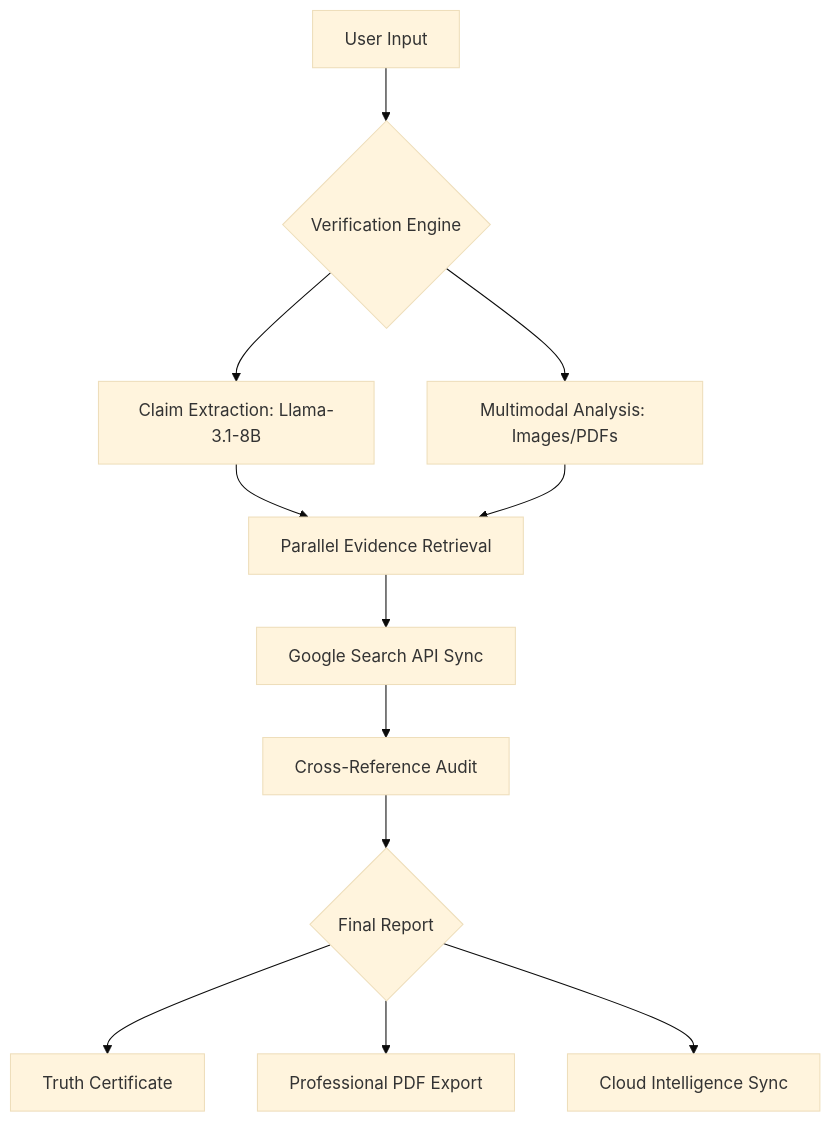
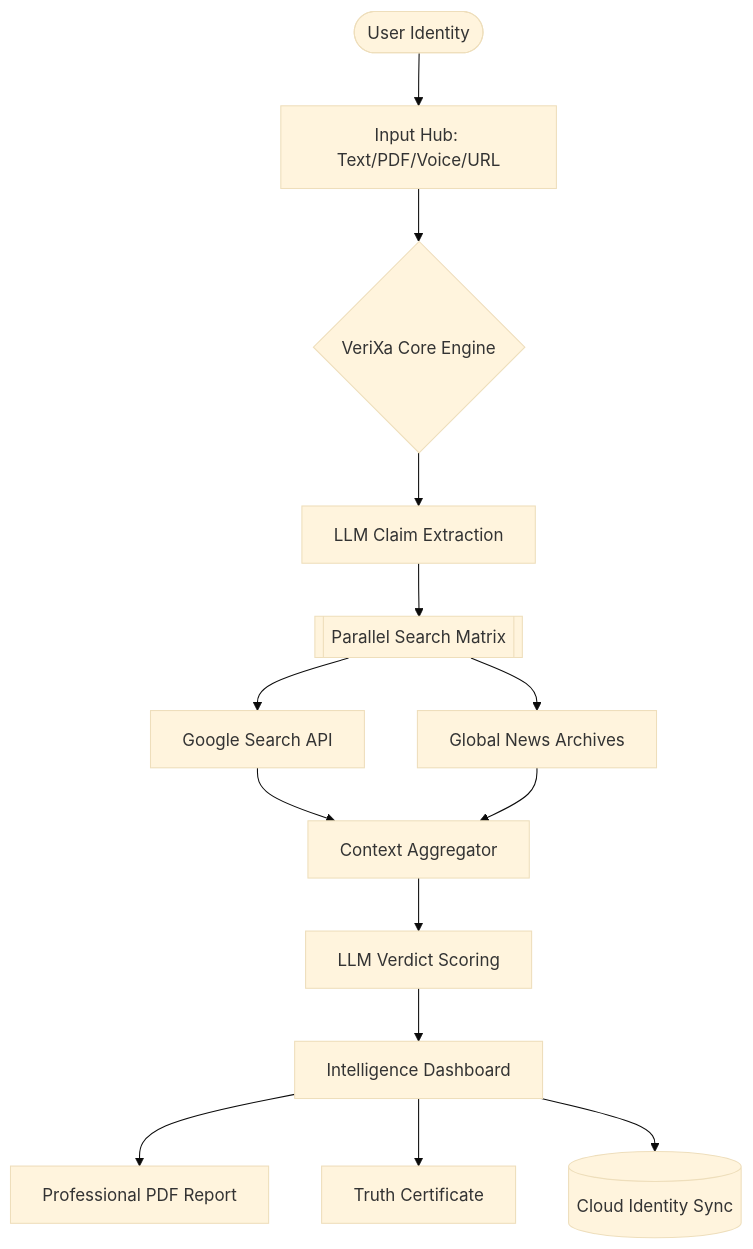
One commit to Xeffen07G/Verixa changed the diagram in README.md. Above: the diagram before and after it, drawn with Mermaid (base theme). The commit also changed other lines of this file, not shown here.

````diff
--- a/README.md
+++ b/README.md
@@ -13,14 +32,16 @@
 ```mermaid
 graph TD
-    A[User Input] --> B{Verification Engine}
-    B --> C[Claim Extraction: Llama-3.1-8B]
-    B --> D[Multimodal Analysis: Images/PDFs]
-    C --> E[Parallel Evidence Retrieval]
-    D --> E
-    E --> F[Google Search API Sync]
-    F --> G[Cross-Reference Audit]
-    G --> H{Final Report}
-    H --> I[Truth Certificate]
-    H --> J[Professional PDF Export]
-    H --> K[Cloud Intelligence Sync]
+    User([User Identity]) --> Input[Input Hub: Text/PDF/Voice/URL]
+    Input --> Engine{VeriXa Core Engine}
+    Engine --> Extraction[LLM Claim Extraction]
+    Extraction --> Search[[Parallel Search Matrix]]
+    Search --> Google[Google Search API]
+    Search --> News[Global News Archives]
+    Google --> Aggregator[Context Aggregator]
+    News --> Aggregator
+    Aggregator --> Juror[LLM Verdict Scoring]
+    Juror --> UI[Intelligence Dashboard]
+    UI --> PDF[Professional PDF Report]
+    UI --> Cert[Truth Certificate]
+    UI --> DB[(Cloud Identity Sync)]
 ```
````
